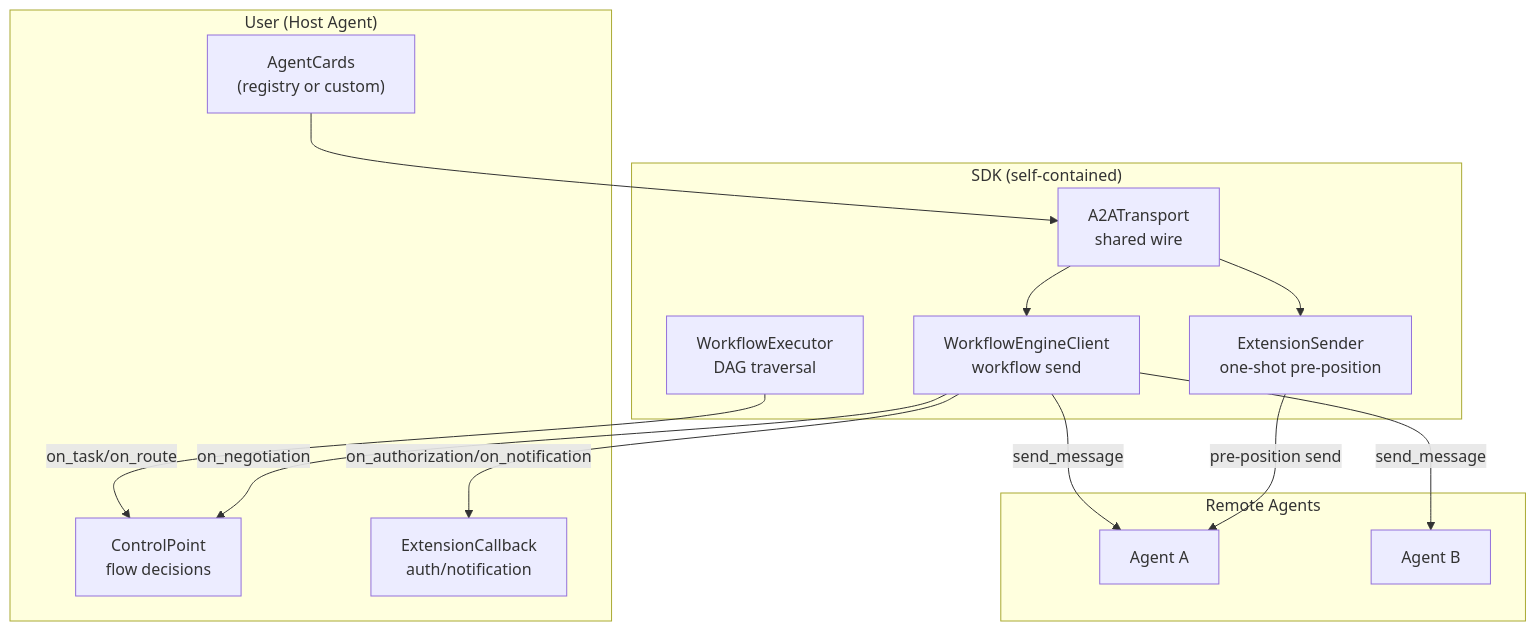
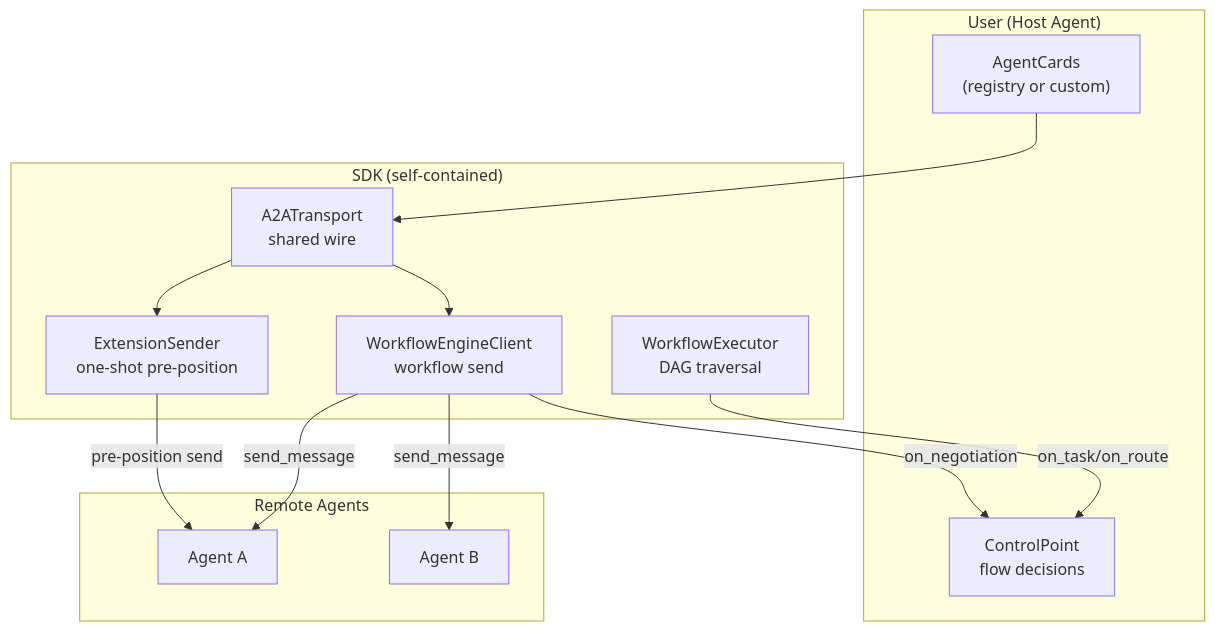
One commit to project-openan/workflow-engine-sdk-python changed the diagram in README_en.md. Above: the diagram before and after it, drawn with Mermaid. The commit also changed other lines of this file and 13 other files, not shown here.

Commit message:
refactor: remove ExtensionCallback/AuthorizationTHandler/NotificationTHandler, add Notification-T long-lived SSE stream

````diff
--- a/README_en.md
+++ b/README_en.md
@@ -33,27 +34,25 @@
 ```mermaid
 flowchart TB
     subgraph User["User (Host Agent)"]
         AC["AgentCards<br/>(registry or custom)"]
         CP["ControlPoint<br/>flow decisions"]
-        ECB["ExtensionCallback<br/>auth/notification"]
     end
     subgraph SDK["SDK (self-contained)"]
         TR["A2ATransport<br/>shared wire"]
         WEC["WorkflowEngineClient<br/>workflow send"]
         ES["ExtensionSender<br/>one-shot pre-position"]
         WE["WorkflowExecutor<br/>DAG traversal"]
     end
     subgraph Agents["Remote Agents"]
         A1["Agent A"]
         A2["Agent B"]
     end
     AC --> TR
     TR --> WEC
     TR --> ES
     WEC -->|send_message| A1
     WEC -->|send_message| A2
     ES -->|pre-position send| A1
     WE -->|on_task/on_route| CP
     WEC -->|on_negotiation| CP
-    WEC -->|on_authorization/on_notification| ECB
 ```
````
